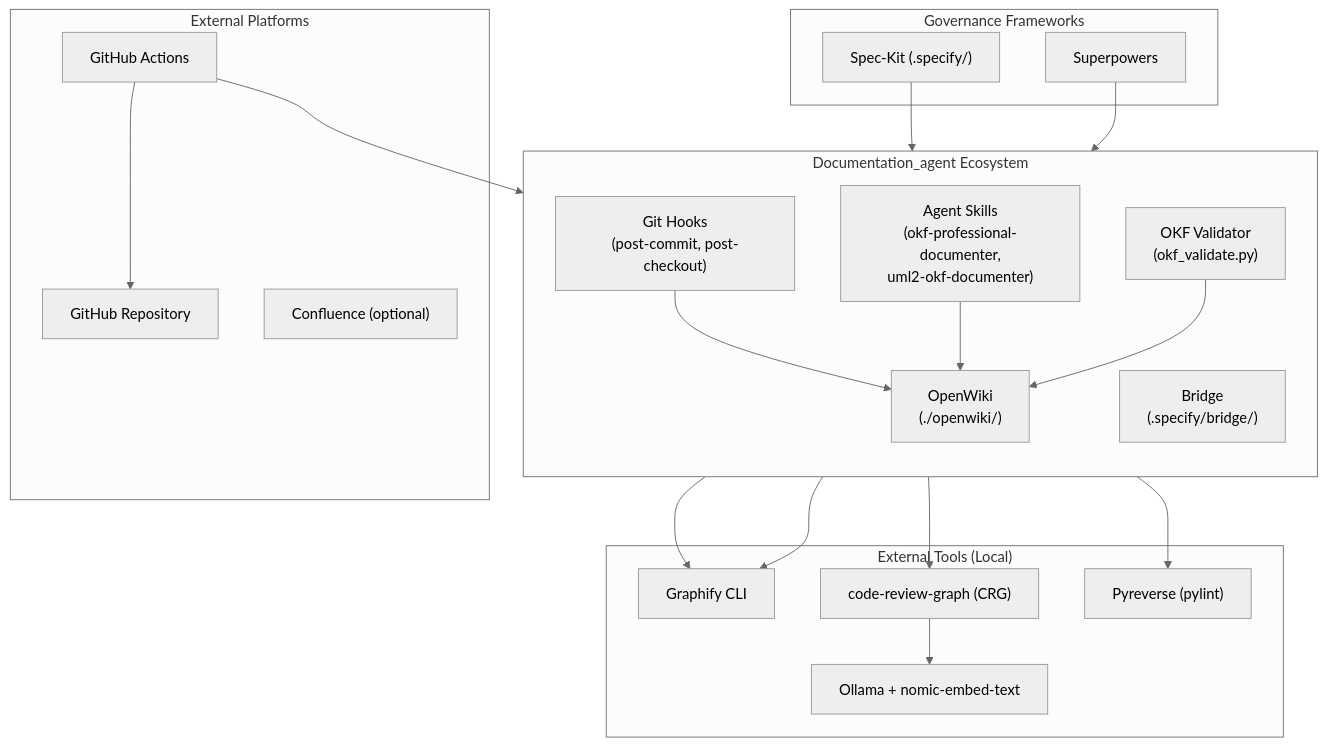
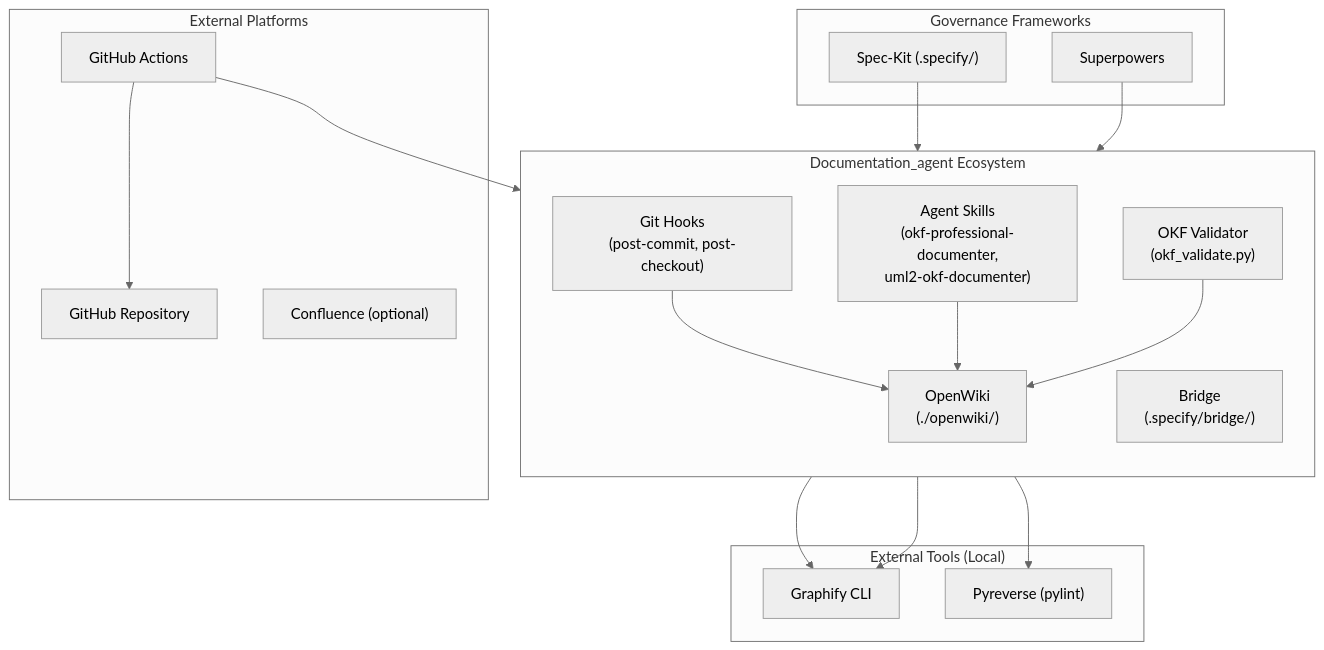
One commit to lgcorzo/Documentation_agent changed the first of 3 diagrams in openwiki/architecture/system_context.md. Above: the diagram before and after it, drawn with Mermaid (neutral theme). The commit also changed other lines of this file and 20 other files, not shown here.

Commit message:
refactor: eliminate code-review-graph (CRG) and Ollama dependencies

````diff
--- a/openwiki/architecture/system_context.md
+++ b/openwiki/architecture/system_context.md
@@ -21,42 +21,38 @@
 ```mermaid
 flowchart TD
     subgraph "Documentation_agent Ecosystem"
         direction TB
         A["Agent Skills<br/>(okf-professional-documenter,<br/>uml2-okf-documenter)"]
         B["Git Hooks<br/>(post-commit, post-checkout)"]
         C["OKF Validator<br/>(okf_validate.py)"]
         D["OpenWiki<br/>(./openwiki/)"]
         E["Bridge<br/>(.specify/bridge/)"]
     end
 
     subgraph "External Tools (Local)"
         F["Graphify CLI"]
-        G["code-review-graph (CRG)"]
         H["Pyreverse (pylint)"]
-        I["Ollama + nomic-embed-text"]
     end
 
     subgraph "External Platforms"
         J["GitHub Actions"]
         K["GitHub Repository"]
         L["Confluence (optional)"]
     end
 
     subgraph "Governance Frameworks"
         M["Spec-Kit (.specify/)"]
         N["Superpowers"]
     end
 
     B --> F
-    B --> G
     A --> H
     A --> F
-    G --> I
     B --> D
     A --> D
     C --> D
     J --> C
     J --> K
     M --> E
     N --> E
 ```
````
